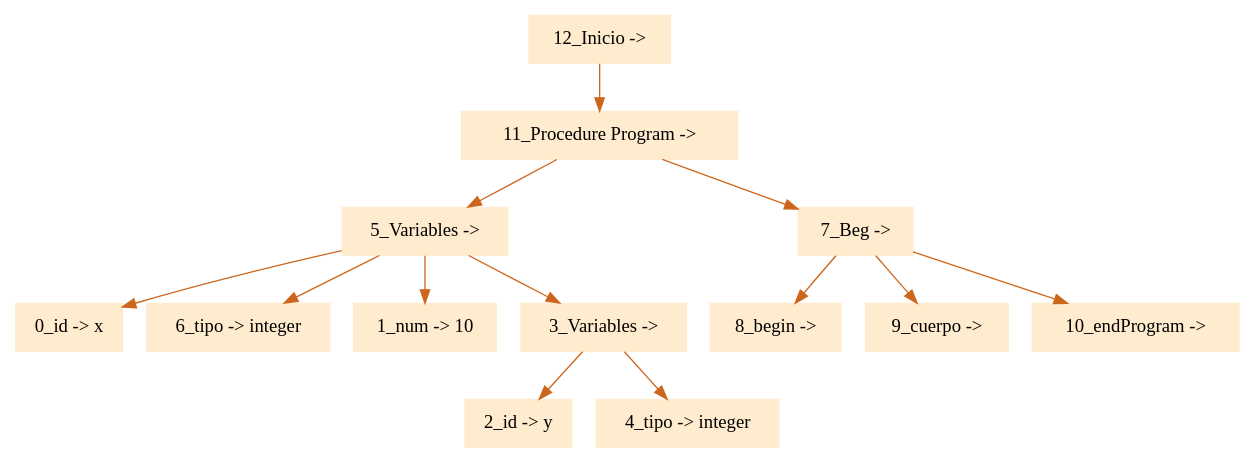
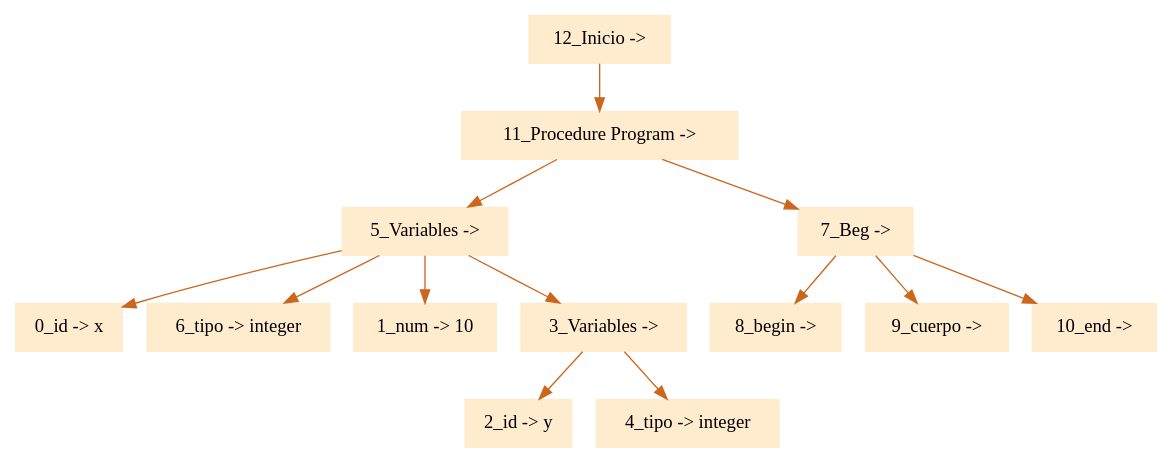
Before and after one commit to eliasgz97/Proyecto_Compiladores: the diagram in ProyectoCompiladores/arbol.dot, drawn with Graphviz. The commit also changed 7 other files, not shown here.

```diff
--- a/ProyectoCompiladores/arbol.dot
+++ b/ProyectoCompiladores/arbol.dot
@@ -1,17 +1,17 @@
 digraph G {node[shape=box, style=filled, color=blanchedalmond]; edge[color=chocolate3];rankdir=UD 
 
 "12_Inicio -> "->"11_Procedure Program -> "
 "11_Procedure Program -> "->"5_Variables -> "
 "5_Variables -> "->"0_id -> x"
 "5_Variables -> "->"6_tipo -> integer"
 "5_Variables -> "->"1_num -> 10"
 "5_Variables -> "->"3_Variables -> "
 "3_Variables -> "->"2_id -> y"
 "3_Variables -> "->"4_tipo -> integer"
 "11_Procedure Program -> "->"7_Beg -> "
 "7_Beg -> "->"8_begin -> "
 "7_Beg -> "->"9_cuerpo -> "
-"7_Beg -> "->"10_endProgram -> "
+"7_Beg -> "->"10_end -> "
 
 
 }
```
